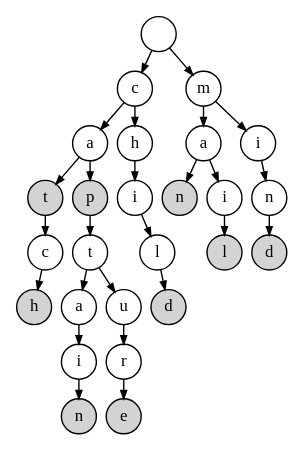
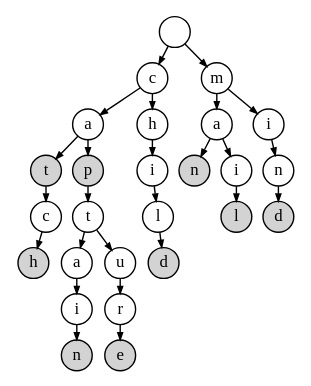
The diagram in final-report/images/trie.dot (yunhao-qian/engsci-press), drawn with Graphviz before and after one commit. The commit also changed 22 other files, not shown here.

```diff
--- a/final-report/images/trie.dot
+++ b/final-report/images/trie.dot
@@ -1,41 +1,41 @@
 digraph trie {
-    graph [margin = 0, nodesep = 0.1, ranksep = 0.2];
+    graph [margin = 0, nodesep = 0.1, ranksep = 0.15];
     node [shape = circle, style = filled, fillcolor = white, fontsize = 12,
-          fixedsize = shape, width = 0.35, height = 0.35];
-    edge [arrowsize = 0.6];
+          fixedsize = shape, width = 0.3, height = 0.3];
+    edge [arrowsize = 0.5];
 
     N1 [label = ""];
     N2 [label = "c"];
     N3 [label = "m"];
     N4 [label = "a"];
     N5 [label = "h"];
     N6 [label = "a"];
     N7 [label = "i"];
     N8 [label = "t", fillcolor = lightgray];
     N9 [label = "p", fillcolor = lightgray];
     N10 [label = "i"];
     N11 [label = "n", fillcolor = lightgray];
     N12 [label = "i"];
     N13 [label = "n"];
     N14 [label = "c"];
     N15 [label = "t"];
     N16 [label = "l"];
     N17 [label = "l", fillcolor = lightgray];
     N18 [label = "d", fillcolor = lightgray];
     N19 [label = "h", fillcolor = lightgray];
     N20 [label = "a"];
     N21 [label = "u"];
     N22 [label = "d", fillcolor = lightgray];
     N23 [label = "i"];
     N24 [label = "r"];
     N25 [label = "n", fillcolor = lightgray];
     N26 [label = "e", fillcolor = lightgray];
 
     N1 -> N2 -> N4 -> N8 -> N14 -> N19;
     N1 -> N3 -> N6 -> N11;
     N2 -> N5 -> N10 -> N16 -> N22;
     N3 -> N7 -> N13 -> N18;
     N4 -> N9 -> N15 -> N20 -> N23 -> N25;
     N6 -> N12 -> N17;
     N15 -> N21 -> N24 -> N26;
 }
```
